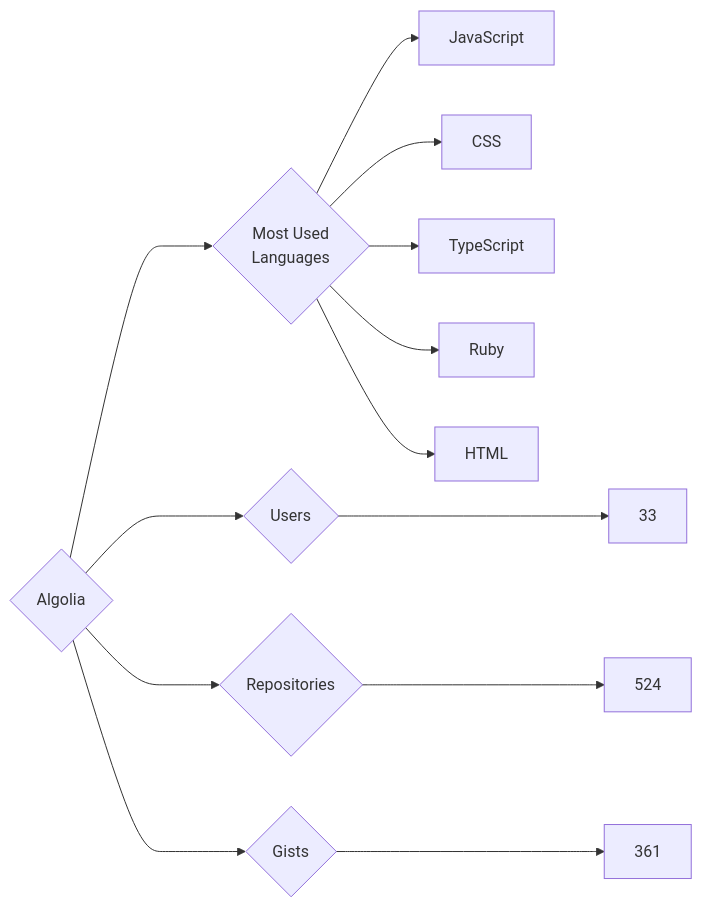
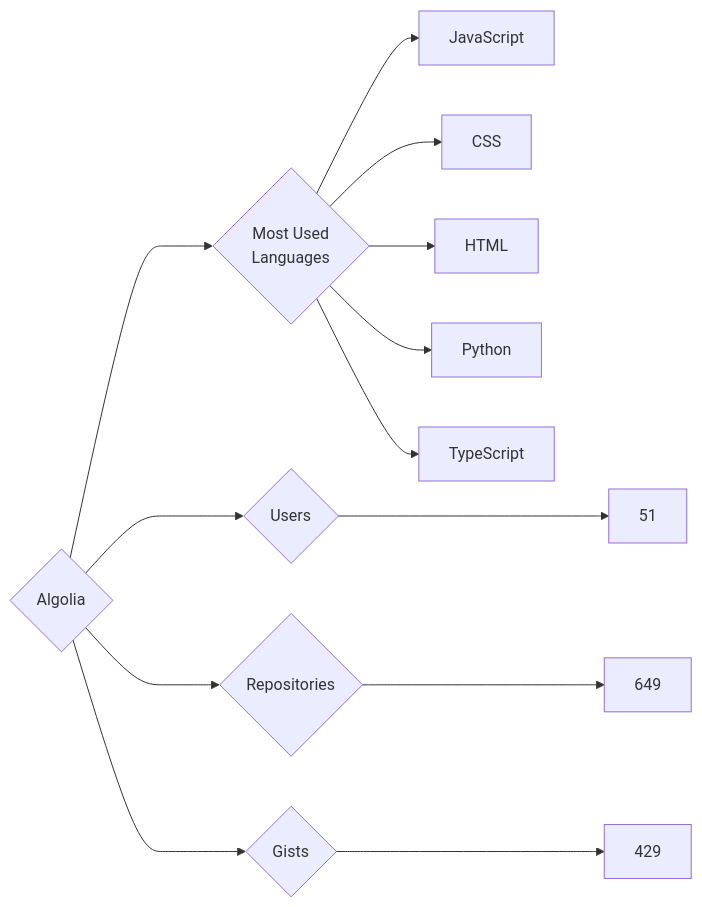
One commit to trickest/insiders changed the diagram in targets/Algolia/README.md. Above: the diagram before and after it, drawn with Mermaid. The commit also changed 777 other files, not shown here.

````diff
--- a/targets/Algolia/README.md
+++ b/targets/Algolia/README.md
@@ -3,13 +3,13 @@
 ```mermaid
 graph LR
 COMPANY_NAME{Algolia}
-COMPANY_NAME ---> U{Users} ---> UN[33]
-COMPANY_NAME ---> R{Repositories} ---> RN[524]
-COMPANY_NAME ---> G{Gists} ---> GN[361]
+COMPANY_NAME ---> U{Users} ---> UN[51]
+COMPANY_NAME ---> R{Repositories} ---> RN[649]
+COMPANY_NAME ---> G{Gists} ---> GN[429]
 COMPANY_NAME ---> ML{Most Used<br>Languages}
 ML --> JavaScript[JavaScript]
 ML --> CSS[CSS]
+ML --> HTML[HTML]
+ML --> Python[Python]
 ML --> TypeScript[TypeScript]
-ML --> Ruby[Ruby]
-ML --> HTML[HTML]
 ```
````
